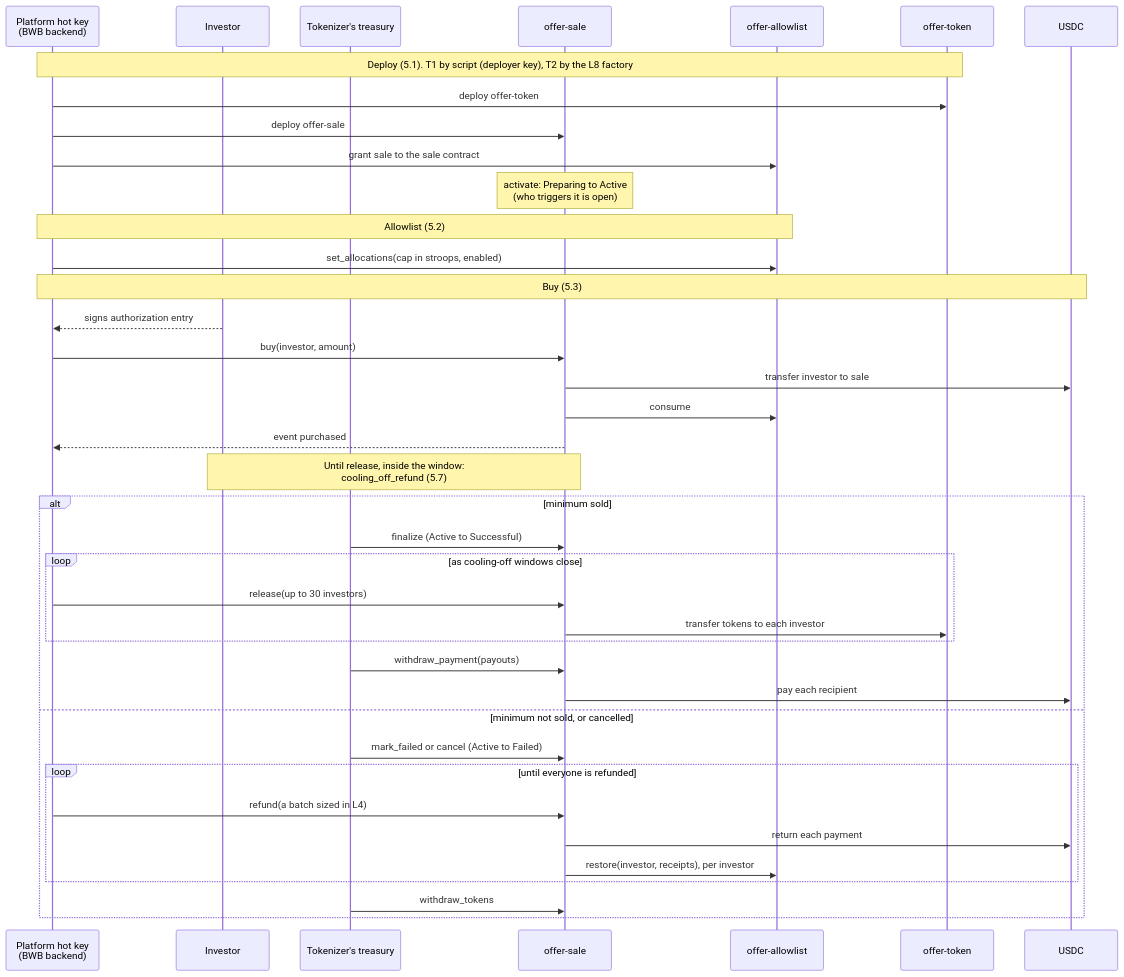
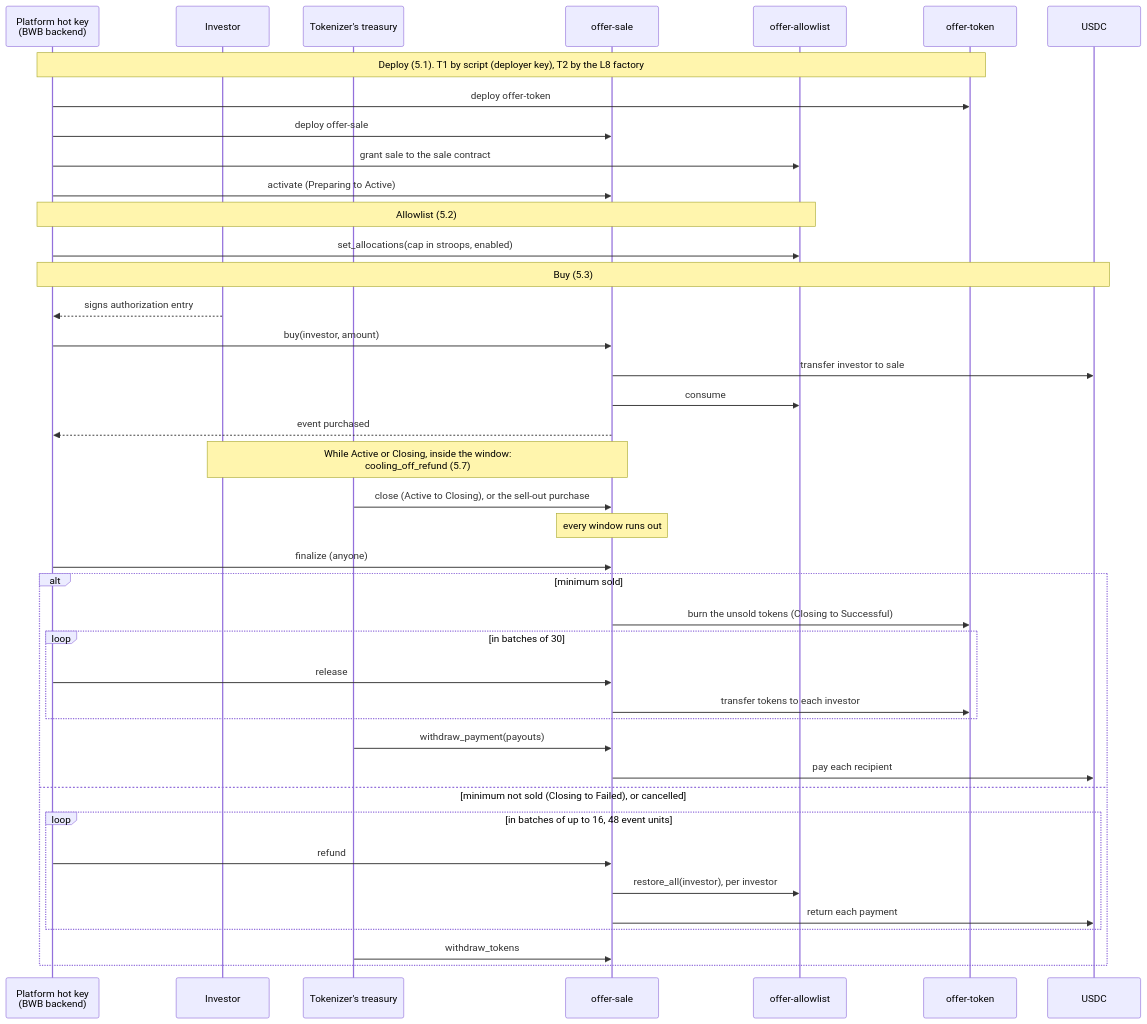
The first of 2 diagrams in docs/interface.md (BWB-Labs/bwb-stellar), drawn with Mermaid before and after one commit. The commit also changed other lines of this file and 3 other files, not shown here.

````diff
--- a/docs/interface.md
+++ b/docs/interface.md
@@ -78,45 +78,47 @@
 ```mermaid
 sequenceDiagram
   participant HK as Platform hot key<br/>(BWB backend)
   participant INV as Investor
   participant IT as Tokenizer's treasury
   participant S as offer-sale
   participant A as offer-allowlist
   participant T as offer-token
   participant U as USDC
 
   Note over HK,T: Deploy (5.1). T1 by script (deployer key), T2 by the L8 factory
   HK->>T: deploy offer-token
   HK->>S: deploy offer-sale
   HK->>A: grant sale to the sale contract
-  Note over S: activate: Preparing to Active<br/>(who triggers it is open)
+  HK->>S: activate (Preparing to Active)
 
   Note over HK,A: Allowlist (5.2)
   HK->>A: set_allocations(cap in stroops, enabled)
 
   Note over HK,U: Buy (5.3)
   INV-->>HK: signs authorization entry
   HK->>S: buy(investor, amount)
   S->>U: transfer investor to sale
   S->>A: consume
   S-->>HK: event purchased
-  Note over INV,S: Until release, inside the window:<br/>cooling_off_refund (5.7)
+  Note over INV,S: While Active or Closing, inside the window:<br/>cooling_off_refund (5.7)
 
+  IT->>S: close (Active to Closing), or the sell-out purchase
+  Note over S: every window runs out
+  HK->>S: finalize (anyone)
   alt minimum sold
-    IT->>S: finalize (Active to Successful)
-    loop as cooling-off windows close
-      HK->>S: release(up to 30 investors)
+    S->>T: burn the unsold tokens (Closing to Successful)
+    loop in batches of 30
+      HK->>S: release
       S->>T: transfer tokens to each investor
     end
     IT->>S: withdraw_payment(payouts)
     S->>U: pay each recipient
-  else minimum not sold, or cancelled
-    IT->>S: mark_failed or cancel (Active to Failed)
-    loop until everyone is refunded
-      HK->>S: refund(a batch sized in L4)
+  else minimum not sold (Closing to Failed), or cancelled
+    loop in batches of up to 16, 48 event units
+      HK->>S: refund
+      S->>A: restore_all(investor), per investor
       S->>U: return each payment
-      S->>A: restore(investor, receipts), per investor
     end
     IT->>S: withdraw_tokens
   end
 ```
````
